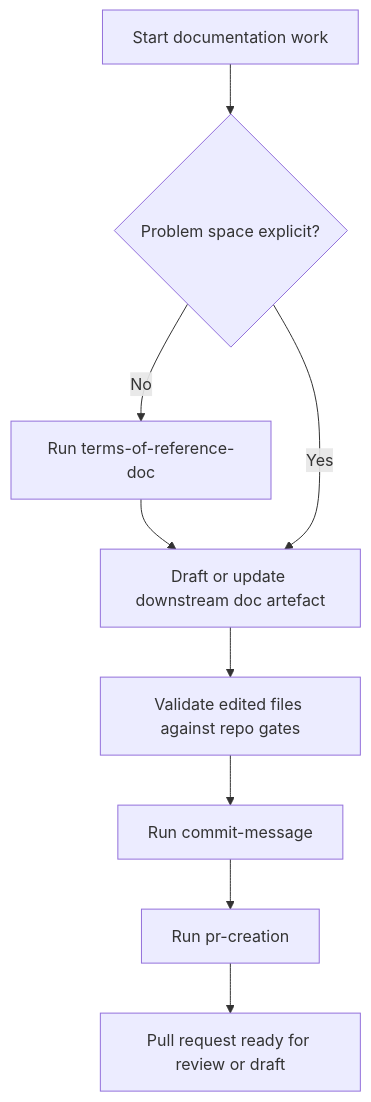
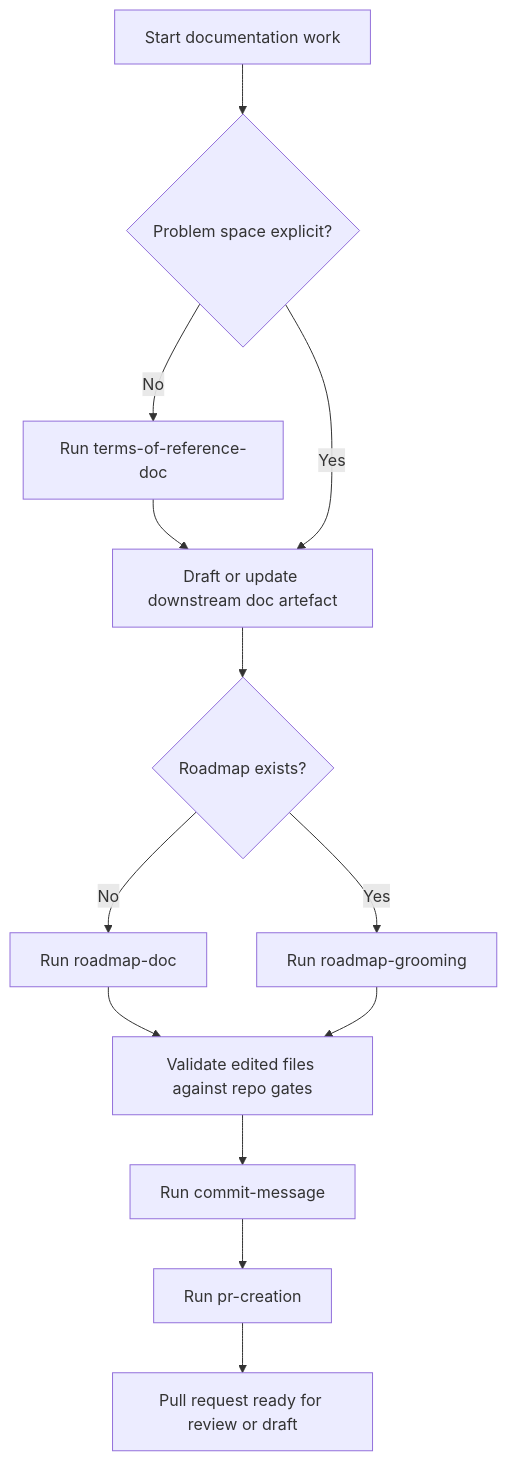
Before and after one commit to leynos/df12-documentation-skills: the diagram in docs/users-guide.md, drawn with Mermaid. The commit also changed other lines of this file and 7 other files, not shown here.

First line of the commit message:
Roadmap grooming skill (#9)

````diff
--- a/docs/users-guide.md
+++ b/docs/users-guide.md
@@ -35,11 +38,15 @@
 ```mermaid
 flowchart TD
     A[Start documentation work] --> B{Problem space explicit?}
     B -- No --> C[Run terms-of-reference-doc]
     C --> D[Draft or update downstream doc artefact]
     B -- Yes --> D
-    D --> E[Validate edited files against repo gates]
-    E --> F[Run commit-message]
-    F --> G[Run pr-creation]
-    G --> H[Pull request ready for review or draft]
+    D --> E{Roadmap exists?}
+    E -- No --> F[Run roadmap-doc]
+    E -- Yes --> G[Run roadmap-grooming]
+    F --> H[Validate edited files against repo gates]
+    G --> H
+    H --> I[Run commit-message]
+    I --> J[Run pr-creation]
+    J --> K[Pull request ready for review or draft]
 ```
````
